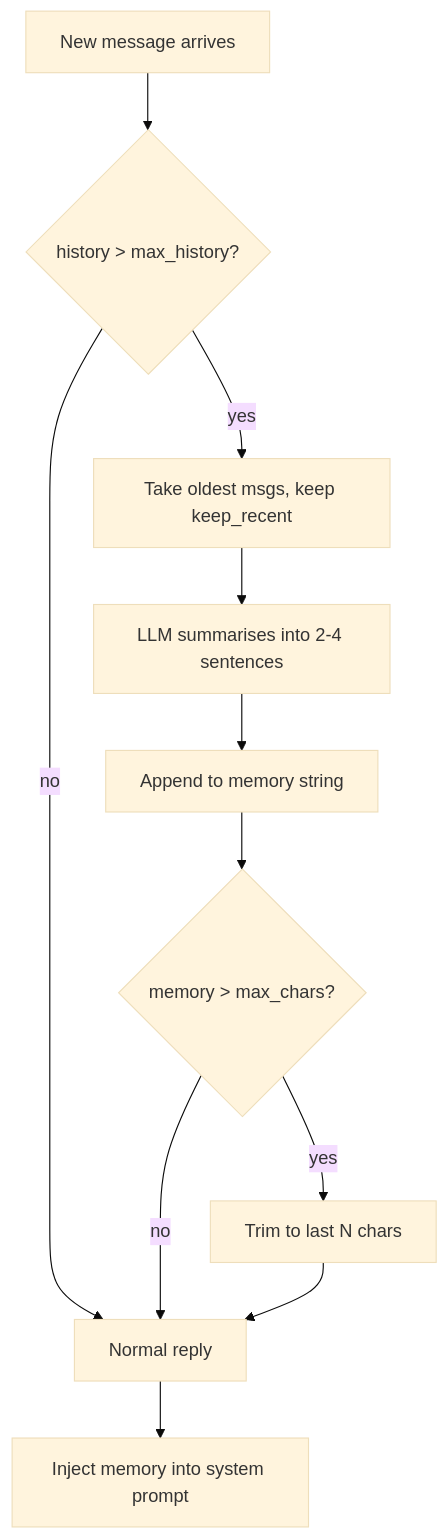
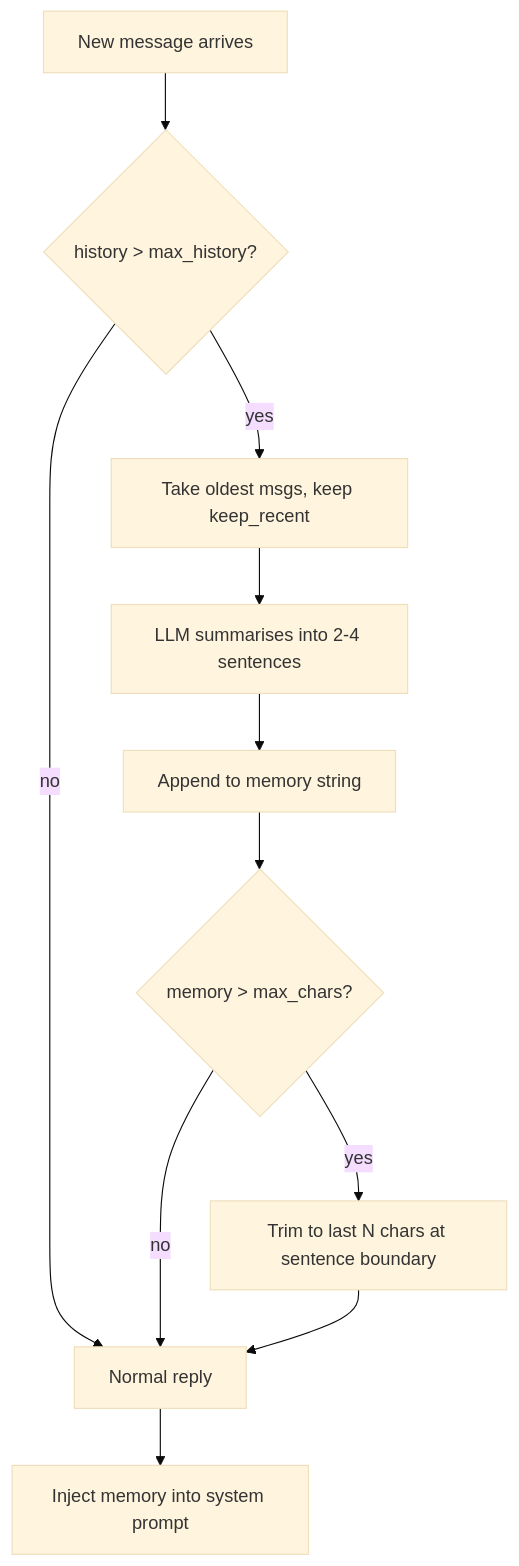
The fourth of 4 diagrams in Readme.md (cschladetsch/PyLocalEnsemble), drawn with Mermaid (base theme) before and after one commit. The commit also changed other lines of this file, not shown here.

````diff
--- a/Readme.md
+++ b/Readme.md
@@ -396,13 +457,13 @@
 ```mermaid
 flowchart TD
     M[New message arrives] --> C{history > max_history?}
     C -->|no| R[Normal reply]
     C -->|yes| S[Take oldest msgs, keep keep_recent]
     S --> LLM[LLM summarises into 2-4 sentences]
     LLM --> MEM[Append to memory string]
     MEM --> CAP{memory > max_chars?}
-    CAP -->|yes| TRIM[Trim to last N chars]
+    CAP -->|yes| TRIM[Trim to last N chars at sentence boundary]
     CAP -->|no| R
     TRIM --> R
     R --> SYS[Inject memory into system prompt]
 ```
````
